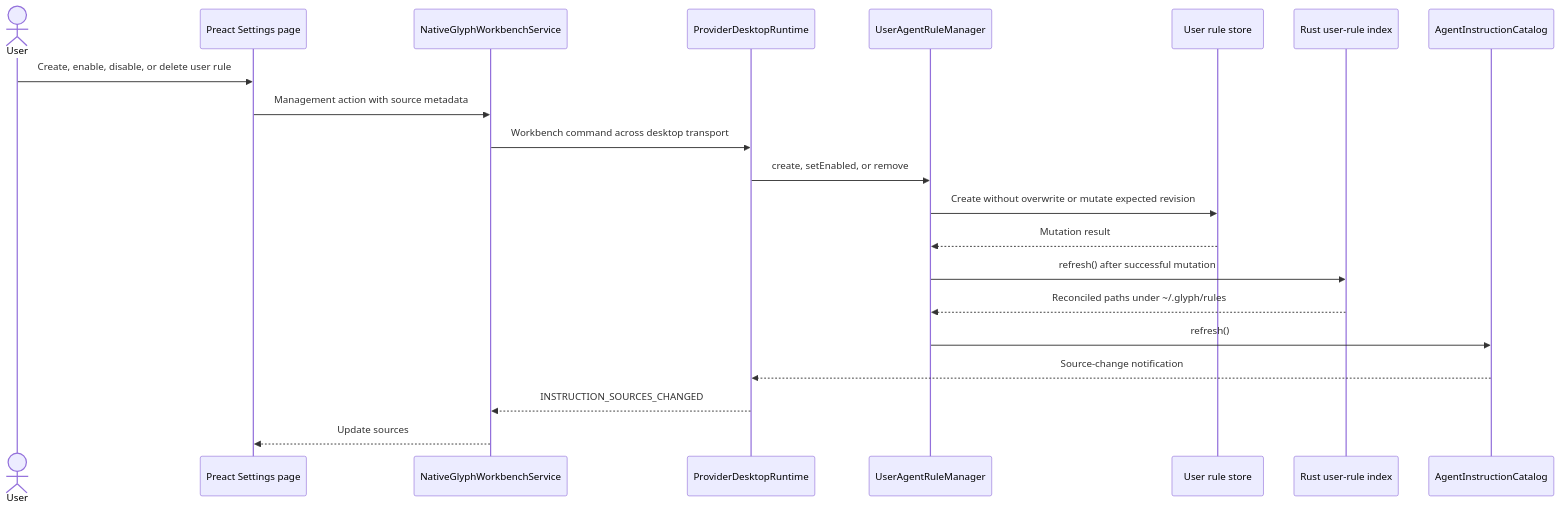
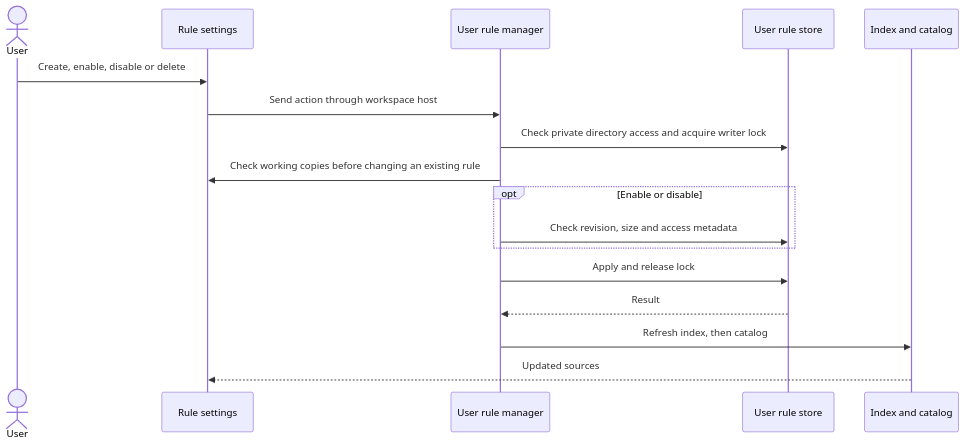
Before and after one commit to danceroutine/Glyph: the sixth of 10 diagrams in docs/AGENT_INSTRUCTIONS.md, drawn with Mermaid. The commit also changed other lines of this file and 332 other files, not shown here.

````diff
--- a/docs/AGENT_INSTRUCTIONS.md
+++ b/docs/AGENT_INSTRUCTIONS.md
@@ -267,24 +266,20 @@
 ```mermaid
 sequenceDiagram
     actor User
-    participant UI as Preact Settings page
-    participant Native as NativeGlyphWorkbenchService
-    participant Host as ProviderDesktopRuntime
-    participant Manager as UserAgentRuleManager
+    participant UI as Rule settings
+    participant Manager as User rule manager
     participant Store as User rule store
-    participant Index as Rust user-rule index
-    participant Catalog as AgentInstructionCatalog
+    participant Catalog as Index and catalog
 
-    User->>UI: Create, enable, disable, or delete user rule
-    UI->>Native: Management action with source metadata
-    Native->>Host: Workbench command across desktop transport
-    Host->>Manager: create, setEnabled, or remove
-    Manager->>Store: Create without overwrite or mutate expected revision
-    Store-->>Manager: Mutation result
-    Manager->>Index: refresh() after successful mutation
-    Index-->>Manager: Reconciled paths under ~/.glyph/rules
-    Manager->>Catalog: refresh()
-    Catalog-->>Host: Source-change notification
-    Host-->>Native: INSTRUCTION_SOURCES_CHANGED
-    Native-->>UI: Update sources
+    User->>UI: Create, enable, disable or delete
+    UI->>Manager: Send action through workspace host
+    Manager->>Store: Check private directory access and acquire writer lock
+    Manager->>UI: Check working copies before changing an existing rule
+    opt Enable or disable
+        Manager->>Store: Check revision, size and access metadata
+    end
+    Manager->>Store: Apply and release lock
+    Store-->>Manager: Result
+    Manager->>Catalog: Refresh index, then catalog
+    Catalog-->>UI: Updated sources
 ```
````
